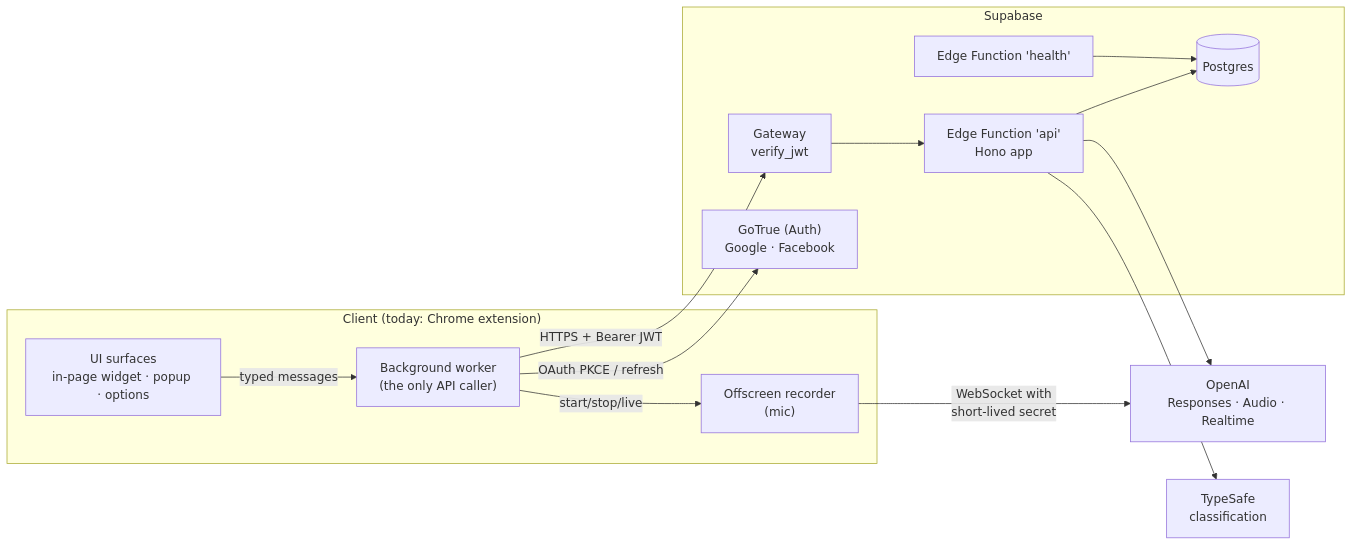
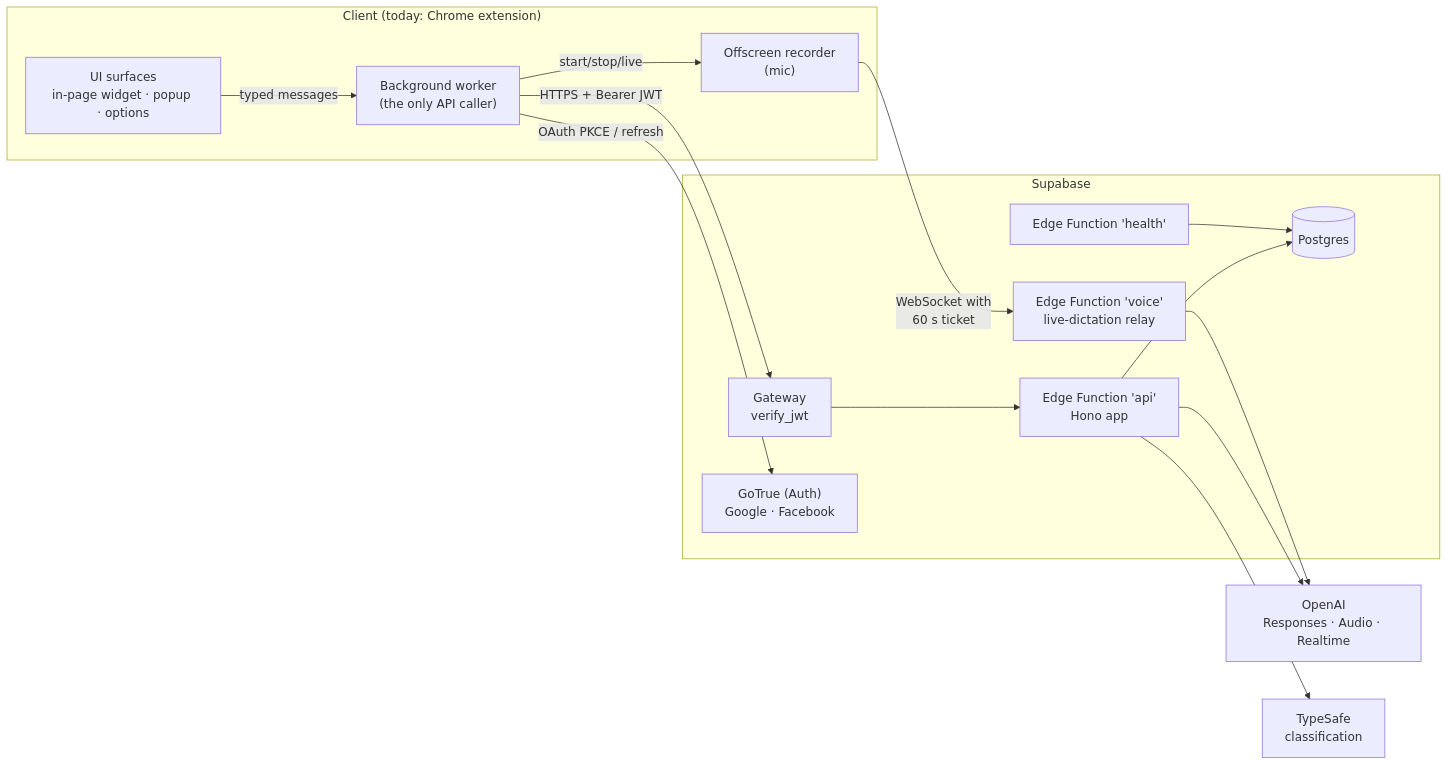
The diagram in docs/README.md (VadLogan/ai-translator), drawn with Mermaid before and after one commit. The commit also changed other lines of this file and 134 other files, not shown here.

````diff
--- a/docs/README.md
+++ b/docs/README.md
@@ -38,29 +41,31 @@
 ```mermaid
 flowchart LR
   subgraph Client["Client (today: Chrome extension)"]
     UI["UI surfaces<br/>in-page widget · popup · options"]
     W["Background worker<br/>(the only API caller)"]
     R["Offscreen recorder<br/>(mic)"]
     UI -- typed messages --> W
     W -- start/stop/live --> R
   end
 
   subgraph Supabase
     GW["Gateway<br/>verify_jwt"]
     API["Edge Function 'api'<br/>Hono app"]
     H["Edge Function 'health'"]
+    V["Edge Function 'voice'<br/>live-dictation relay"]
     AUTH["GoTrue (Auth)<br/>Google · Facebook"]
     DB[("Postgres")]
   end
 
   OAI["OpenAI<br/>Responses · Audio · Realtime"]
   TS["TypeSafe<br/>classification"]
 
   W -- "HTTPS + Bearer JWT" --> GW --> API
   W -- "OAuth PKCE / refresh" --> AUTH
   API --> DB
   API --> OAI
   API --> TS
-  R -- "WebSocket with<br/>short-lived secret" --> OAI
+  R -- "WebSocket with<br/>60 s ticket" --> V
+  V --> OAI
   H --> DB
 ```
````
